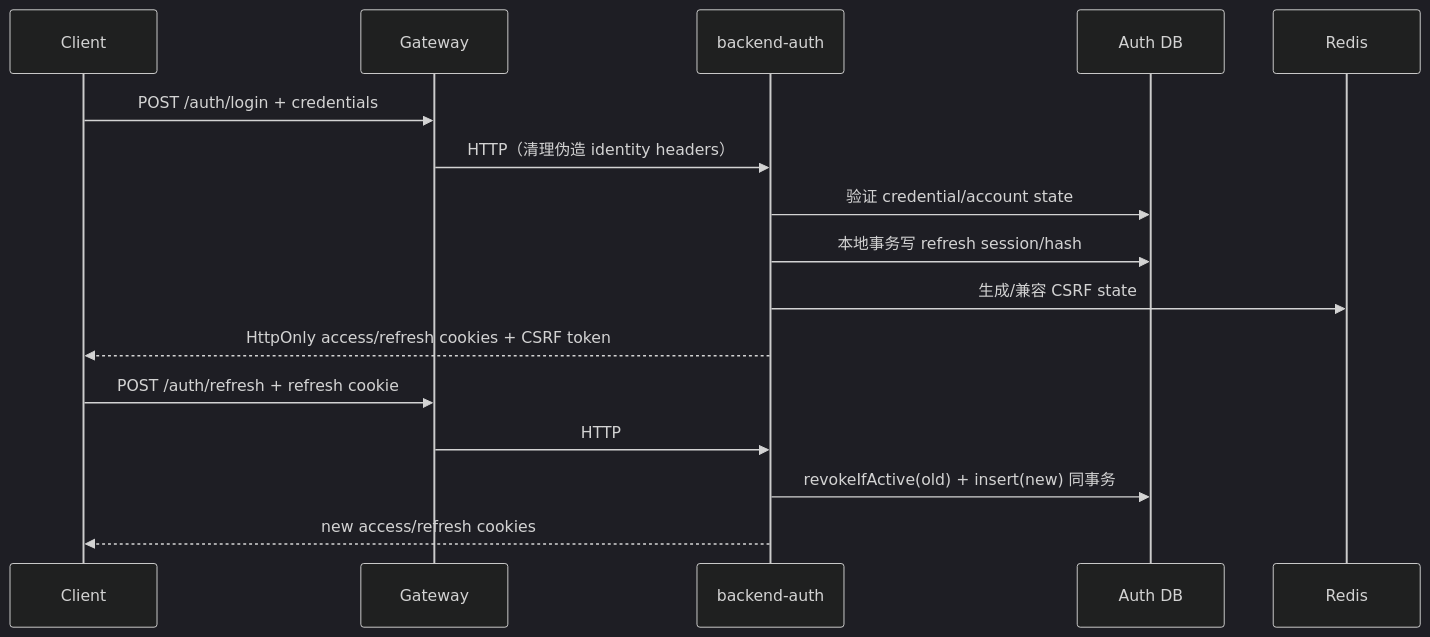
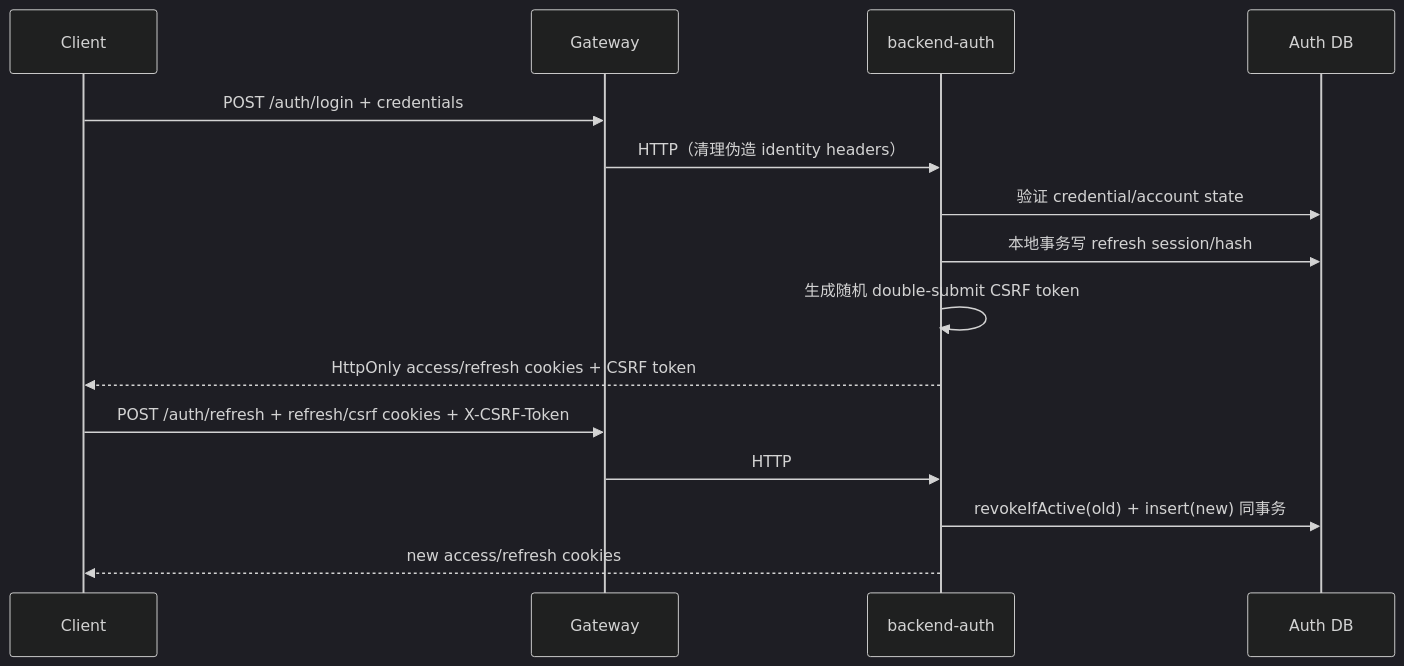
One commit to DavidHLP/UltiCode changed the third of 3 diagrams in PROJECT_DOCUMENTATION.md. Above: the diagram before and after it, drawn with Mermaid (dark theme). The commit also changed other lines of this file and 31 other files, not shown here.

````diff
--- a/PROJECT_DOCUMENTATION.md
+++ b/PROJECT_DOCUMENTATION.md
@@ -869,20 +869,19 @@
 ```mermaid
 sequenceDiagram
     participant C as Client
     participant G as Gateway
     participant A as backend-auth
     participant DB as Auth DB
-    participant R as Redis
 
     C->>G: POST /auth/login + credentials
     G->>A: HTTP（清理伪造 identity headers）
     A->>DB: 验证 credential/account state
     A->>DB: 本地事务写 refresh session/hash
-    A->>R: 生成/兼容 CSRF state
+    A->>A: 生成随机 double-submit CSRF token
     A-->>C: HttpOnly access/refresh cookies + CSRF token
 
-    C->>G: POST /auth/refresh + refresh cookie
+    C->>G: POST /auth/refresh + refresh/csrf cookies + X-CSRF-Token
     G->>A: HTTP
     A->>DB: revokeIfActive(old) + insert(new) 同事务
     A-->>C: new access/refresh cookies
 ```
````
